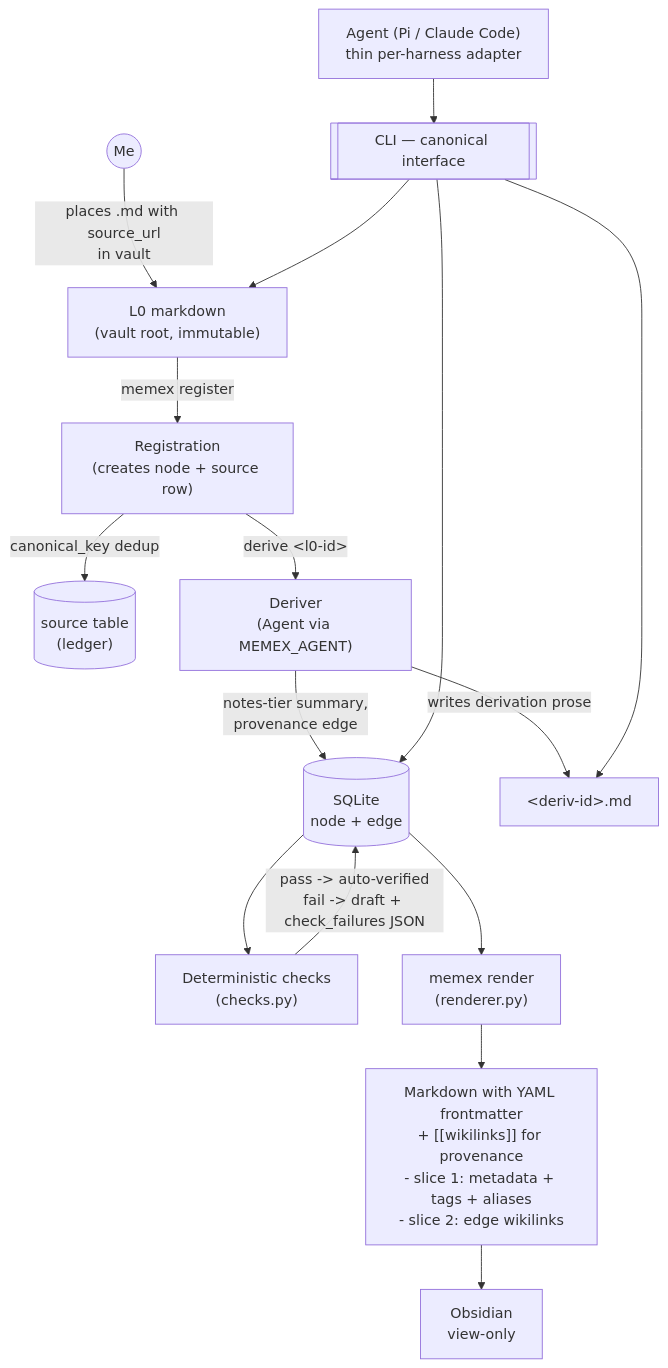
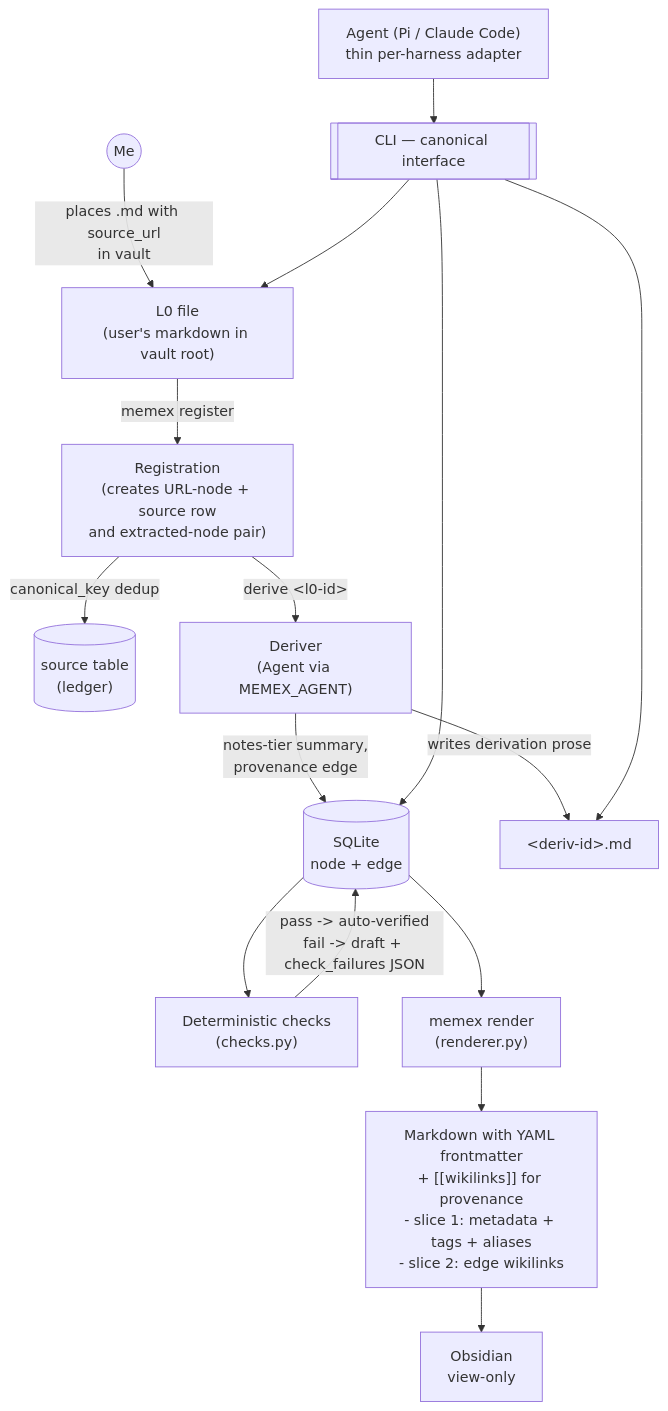
One commit to salvatorebottiglieri/memex changed the diagram in docs/ARCHITECTURE.md. Above: the diagram before and after it, drawn with Mermaid. The commit also changed other lines of this file and 15 other files, not shown here.

First line of the commit message:
feat: retire raw_source kind — url+extracted vocabulary (contract phase) (#100)

````diff
--- a/docs/ARCHITECTURE.md
+++ b/docs/ARCHITECTURE.md
@@ -57,26 +58,26 @@
 ```mermaid
 flowchart TB
   USER((Me))
 
-  USER -->|"places .md with source_url<br/>in vault"| L0["L0 markdown<br/>(vault root, immutable)"]
+  USER -->|"places .md with source_url<br/>in vault"| L0["L0 file<br/>(user's markdown in vault root)"]
 
-  L0 -->|"memex register"| REG["Registration<br/>(creates node + source row)"]
+  L0 -->|"memex register"| REG["Registration<br/>(creates URL-node + source row<br/>and extracted-node pair)"]
 
   REG -->|canonical_key dedup| LEDGER[("source table<br/>(ledger)")]
 
   REG -->|"derive &lt;l0-id&gt;"| DERIV["Deriver<br/>(Agent via MEMEX_AGENT)"]
   DERIV -->|"notes-tier summary,<br/>provenance edge"| DB[("SQLite<br/>node + edge")]
   DERIV -->|"writes derivation prose"| DMD["&lt;deriv-id&gt;.md"]
 
   DB --> CHK["Deterministic checks<br/>(checks.py)"]
   CHK -->|"pass -> auto-verified<br/>fail -> draft + check_failures JSON"| DB
 
   DB --> RENDER["memex render<br/>(renderer.py)"]
   RENDER --> MD_WIKI["Markdown with YAML frontmatter<br/>+ [[wikilinks]] for provenance<br/>- slice 1: metadata + tags + aliases<br/>- slice 2: edge wikilinks"]
   MD_WIKI --> OBS["Obsidian<br/>view-only"]
 
   CLI[["CLI — canonical interface"]] --> DB
   CLI --> L0
   CLI --> DMD
   AGENT["Agent (Pi / Claude Code)<br/>thin per-harness adapter"] --> CLI
 ```
````
